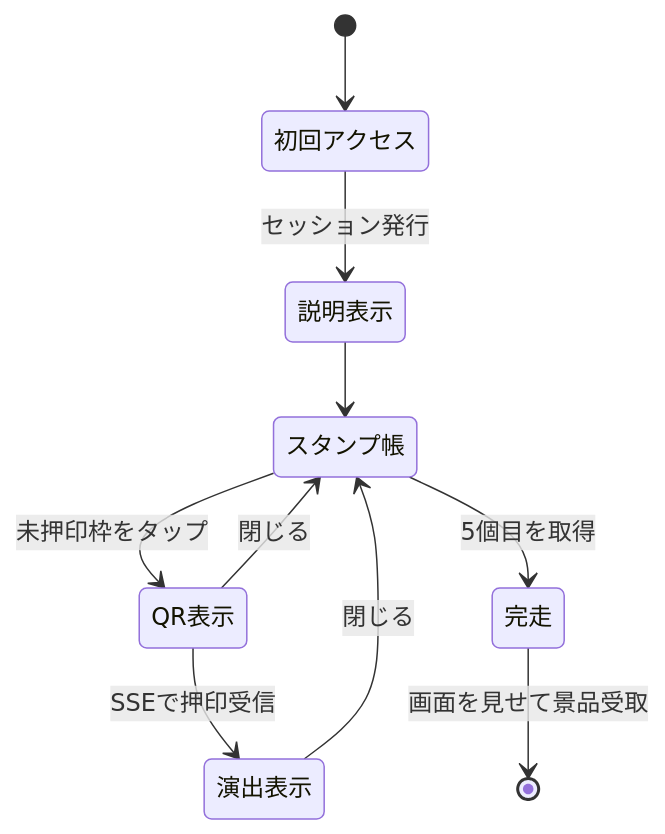
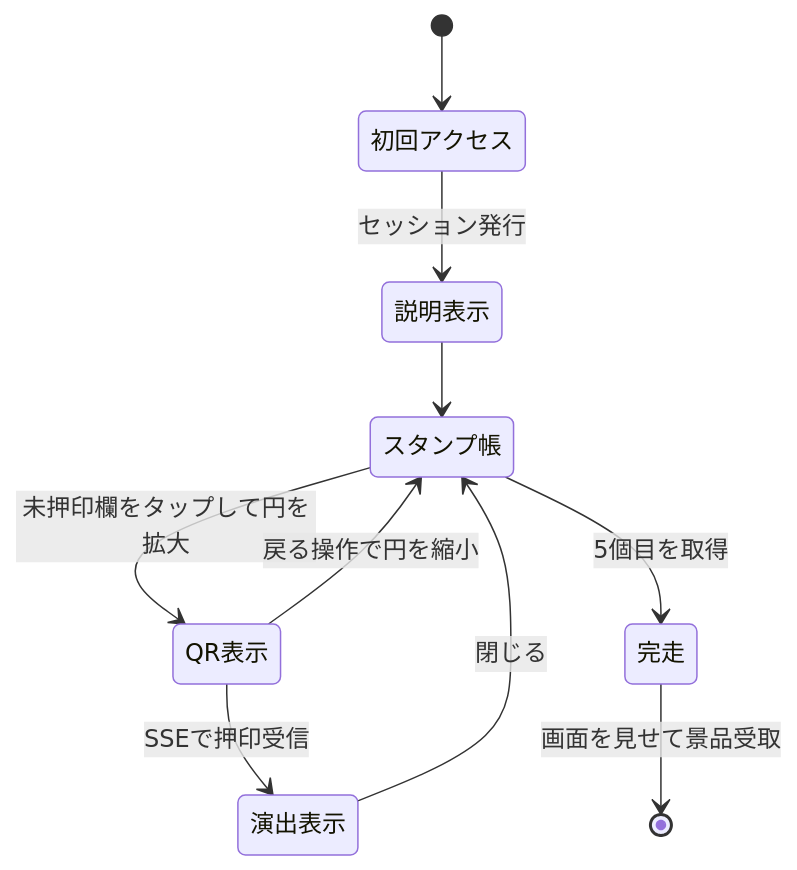
The second of 3 diagrams in docs/spec.md (Shun523/HCD-Stamp-Rally-2026), drawn with Mermaid before and after one commit. The commit also changed other lines of this file and 36 other files, not shown here.

````diff
--- a/docs/spec.md
+++ b/docs/spec.md
@@ -105,12 +108,12 @@
 ```mermaid
 stateDiagram-v2
   [*] --> 初回アクセス
   初回アクセス --> 説明表示: セッション発行
   説明表示 --> スタンプ帳
-  スタンプ帳 --> QR表示: 未押印枠をタップ
-  QR表示 --> スタンプ帳: 閉じる
+  スタンプ帳 --> QR表示: 未押印欄をタップして円を拡大
+  QR表示 --> スタンプ帳: 戻る操作で円を縮小
   QR表示 --> 演出表示: SSEで押印受信
   演出表示 --> スタンプ帳: 閉じる
   スタンプ帳 --> 完走: 5個目を取得
   完走 --> [*]: 画面を見せて景品受取
 ```
````
